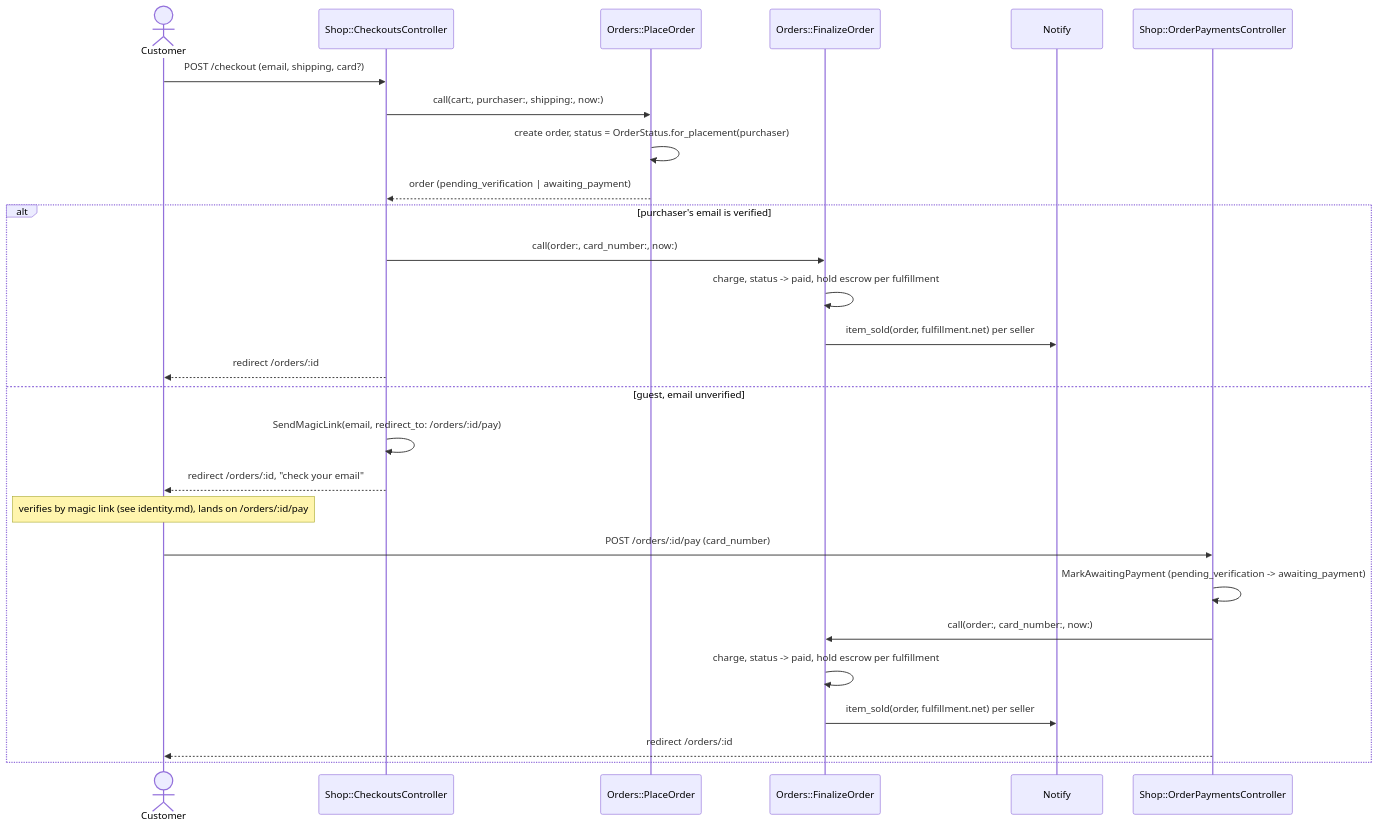
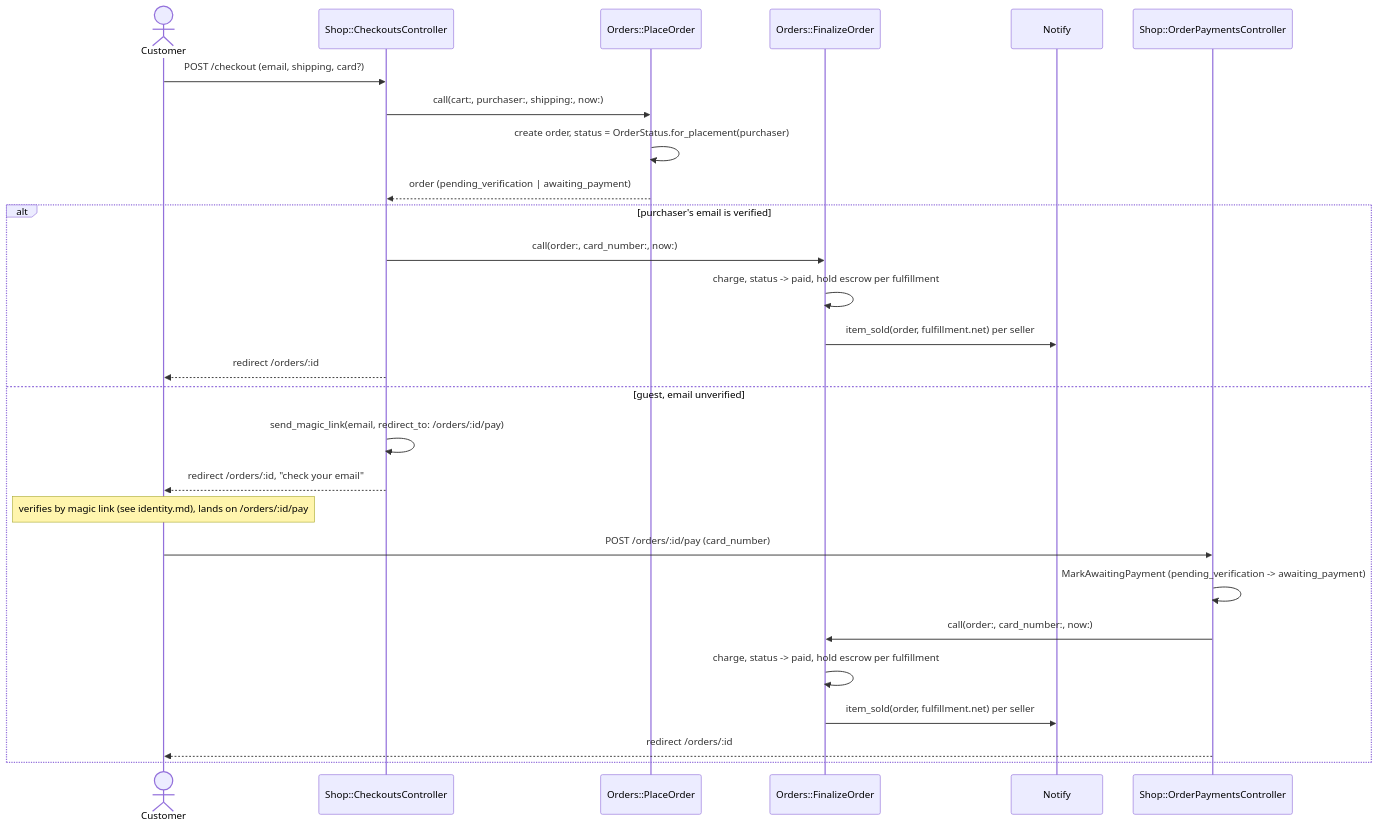
One commit to jonathan-beebe/art-store changed the first of 3 diagrams in prototype/rails/docs/orders.md. Above: the diagram before and after it, drawn with Mermaid. The commit also changed 51 other files, not shown here.

````diff
--- a/prototype/rails/docs/orders.md
+++ b/prototype/rails/docs/orders.md
@@ -14,31 +14,31 @@
 ```mermaid
 sequenceDiagram
     actor Customer
     participant Checkout as Shop::CheckoutsController
     participant Place as Orders::PlaceOrder
     participant Finalize as Orders::FinalizeOrder
     participant Notify
     participant Pay as Shop::OrderPaymentsController
 
     Customer->>Checkout: POST /checkout (email, shipping, card?)
     Checkout->>Place: call(cart:, purchaser:, shipping:, now:)
     Place->>Place: create order, status = OrderStatus.for_placement(purchaser)
     Place-->>Checkout: order (pending_verification | awaiting_payment)
 
     alt purchaser's email is verified
         Checkout->>Finalize: call(order:, card_number:, now:)
         Finalize->>Finalize: charge, status -> paid, hold escrow per fulfillment
         Finalize->>Notify: item_sold(order, fulfillment.net) per seller
         Checkout-->>Customer: redirect /orders/:id
     else guest, email unverified
-        Checkout->>Checkout: SendMagicLink(email, redirect_to: /orders/:id/pay)
+        Checkout->>Checkout: send_magic_link(email, redirect_to: /orders/:id/pay)
         Checkout-->>Customer: redirect /orders/:id, "check your email"
         Note over Customer: verifies by magic link (see identity.md), lands on /orders/:id/pay
         Customer->>Pay: POST /orders/:id/pay (card_number)
         Pay->>Pay: MarkAwaitingPayment (pending_verification -> awaiting_payment)
         Pay->>Finalize: call(order:, card_number:, now:)
         Finalize->>Finalize: charge, status -> paid, hold escrow per fulfillment
         Finalize->>Notify: item_sold(order, fulfillment.net) per seller
         Pay-->>Customer: redirect /orders/:id
     end
 ```
````
